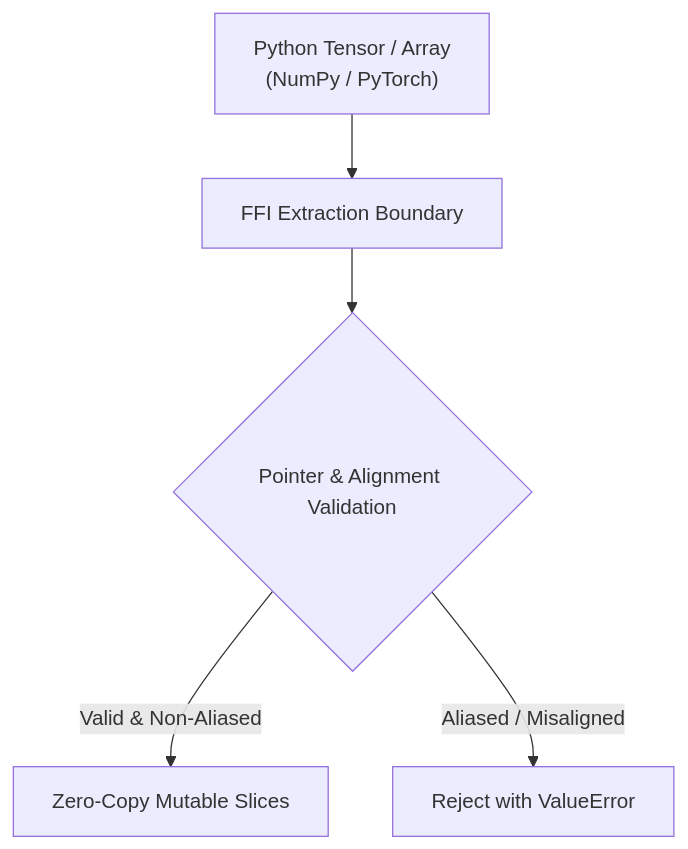
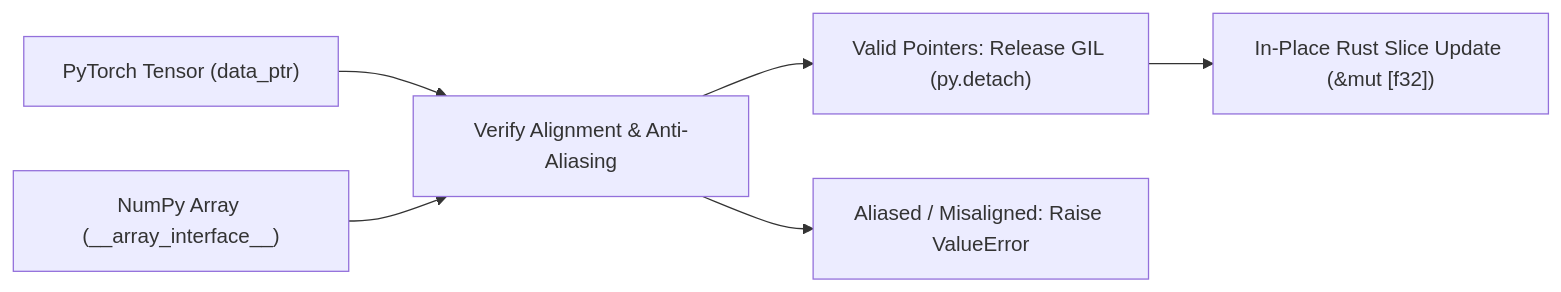
One commit to cloverx-id/luminamoon changed the diagram in docs/optimize/python_ffi/README.md. Above: the diagram before and after it, drawn with Mermaid. The commit also changed other lines of this file and 49 other files, not shown here.

Commit message:
change diagram style

````diff
--- a/docs/optimize/python_ffi/README.md
+++ b/docs/optimize/python_ffi/README.md
@@ -15,7 +13,8 @@
 ```mermaid
-flowchart TD
-    Input["Python Tensor / Array\n(NumPy / PyTorch)"] --> FFI["FFI Extraction Boundary"]
-    FFI --> Validation{"Pointer & Alignment Validation"}
-    Validation -->|"Valid & Non-Aliased"| RustSlice["Zero-Copy Mutable Slices"]
-    Validation -->|"Aliased / Misaligned"| Error["Reject with ValueError"]
+flowchart LR
+    PyTorch["PyTorch Tensor (data_ptr)"] --> Validate["Verify Alignment & Anti-Aliasing"]
+    NumPy["NumPy Array (__array_interface__)"] --> Validate
+    Validate --> Detach["Valid Pointers: Release GIL (py.detach)"]
+    Validate --> Error["Aliased / Misaligned: Raise ValueError"]
+    Detach --> Mutate["In-Place Rust Slice Update (&mut [f32])"]
 ```
````
